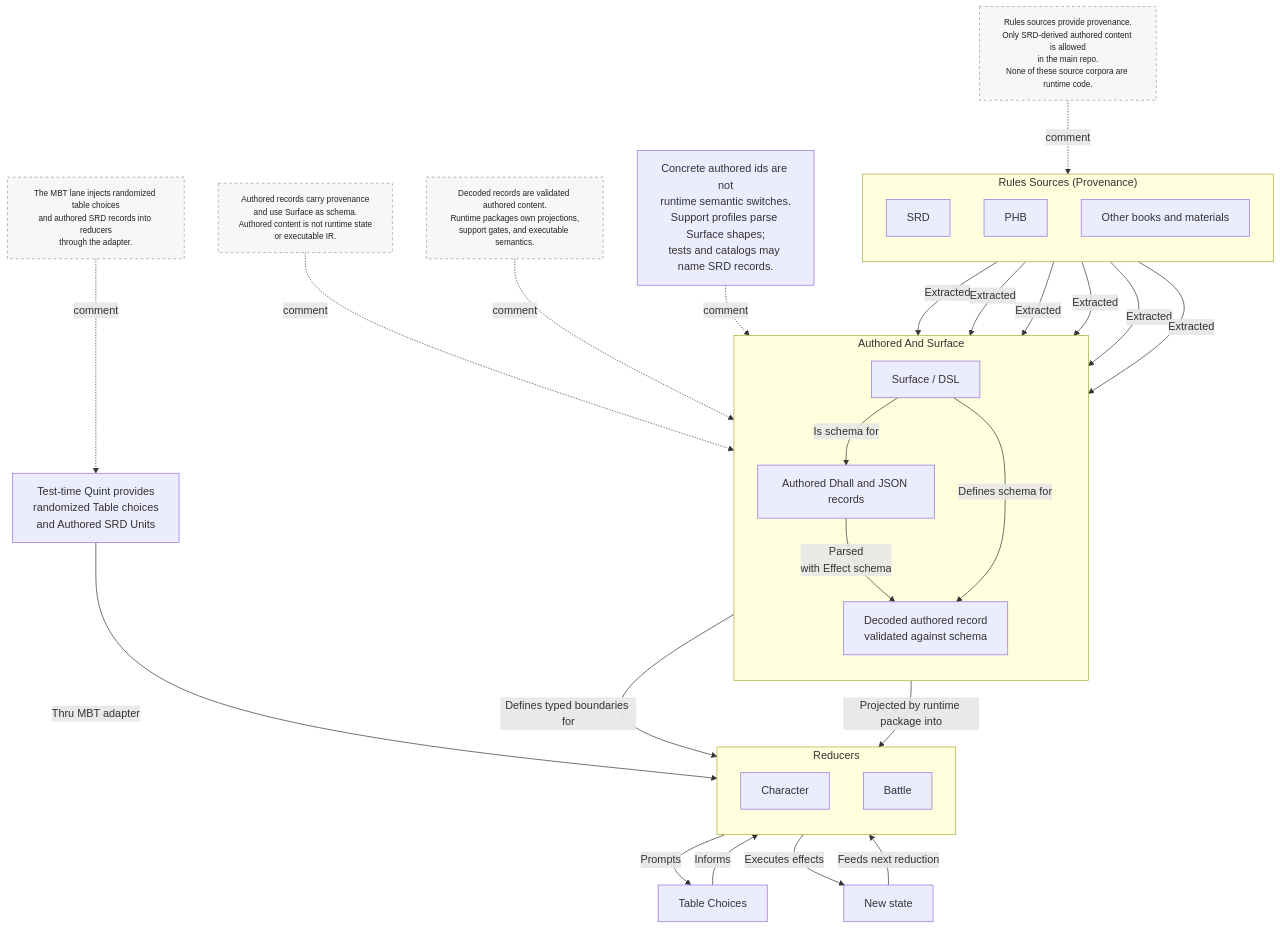
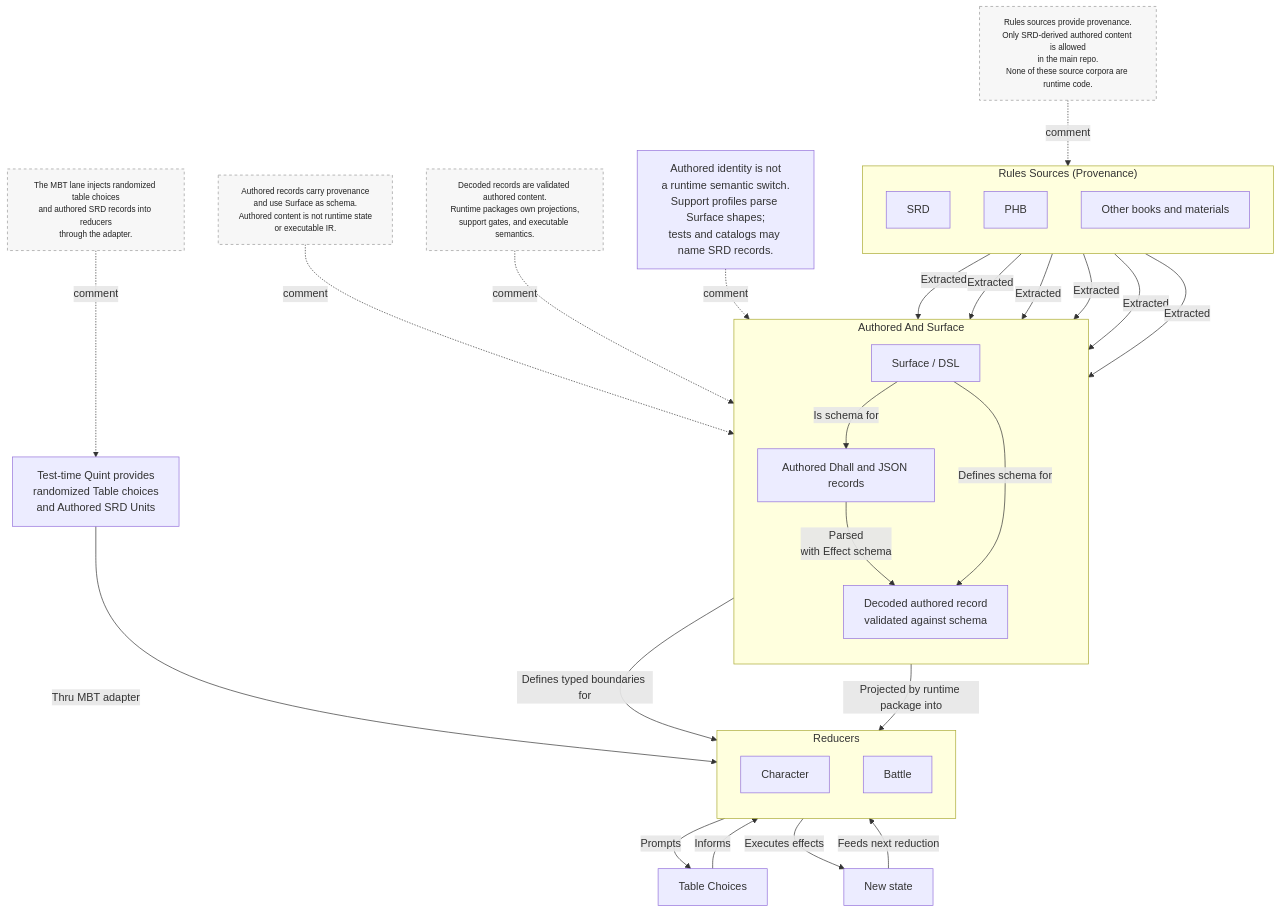
The third of 3 diagrams in packages/surface/SURFACE_TO_BATTLE_MANUAL_DIAGRAM.md (dearlordylord/5e-quint), drawn with Mermaid before and after one commit. The commit also changed other lines of this file and 4 other files, not shown here.

Commit message:
Clarify authored identity documentation

````diff
--- a/packages/surface/SURFACE_TO_BATTLE_MANUAL_DIAGRAM.md
+++ b/packages/surface/SURFACE_TO_BATTLE_MANUAL_DIAGRAM.md
@@ -100,61 +100,61 @@
 ```mermaid
 flowchart TD
   classDef note fill:#f7f7f7,stroke:#999,stroke-dasharray: 4 4,color:#222,font-size:12px;
 
   subgraph MERGED_SOURCES["Rules Sources (Provenance)"]
     direction TB
     MERGED_SRD["SRD"]
     MERGED_PHB["PHB"]
     MERGED_OTHER["Other books and materials"]
   end
 
   subgraph MERGED_CONTENT["Authored And Surface"]
     direction TB
     MERGED_AUTHORED["Authored Dhall and JSON records"]
     MERGED_SURFACE["Surface / DSL"]
     MERGED_RUNTIME["Decoded authored record<br/>validated against schema"]
   end
 
   subgraph MERGED_REDUCERS["Reducers"]
     direction TB
     MERGED_CHARACTER["Character"]
     MERGED_BATTLE["Battle"]
   end
 
   MERGED_TABLE["Table Choices"]
   MERGED_STATE["New state"]
   MERGED_TEST["Test-time Quint provides<br/>randomized Table choices<br/>and Authored SRD Units"]
 
   MERGED_SRD -->|Extracted| MERGED_AUTHORED
   MERGED_SRD -->|Extracted| MERGED_SURFACE
   MERGED_PHB -->|Extracted| MERGED_AUTHORED
   MERGED_PHB -->|Extracted| MERGED_SURFACE
   MERGED_OTHER -->|Extracted| MERGED_AUTHORED
   MERGED_OTHER -->|Extracted| MERGED_SURFACE
 
   MERGED_SURFACE -->|Is schema for| MERGED_AUTHORED
   MERGED_AUTHORED -->|Parsed<br/>with Effect schema| MERGED_RUNTIME
   MERGED_SURFACE -->|Defines schema for| MERGED_RUNTIME
   MERGED_SURFACE -->|Defines typed boundaries for| MERGED_REDUCERS
   MERGED_RUNTIME -->|Projected by runtime package into| MERGED_REDUCERS
 
   MERGED_TEST -->|Thru MBT adapter| MERGED_REDUCERS
   MERGED_REDUCERS -->|Prompts| MERGED_TABLE
   MERGED_TABLE -->|Informs| MERGED_REDUCERS
   MERGED_REDUCERS -->|Executes effects| MERGED_STATE
   MERGED_STATE -->|Feeds next reduction| MERGED_REDUCERS
 
   MERGED_SOURCES_NOTE["Rules sources provide provenance.<br/>Only SRD-derived authored content is allowed<br/>in the main repo.<br/>None of these source corpora are runtime code."]
   MERGED_AUTHORED_NOTE["Authored records carry provenance<br/>and use Surface as schema.<br/>Authored content is not runtime state<br/>or executable IR."]
   MERGED_RUNTIME_NOTE["Decoded records are validated authored content.<br/>Runtime packages own projections,<br/>support gates, and executable semantics."]
-  MERGED_ID_NOTE["Concrete authored ids are not<br/>runtime semantic switches.<br/>Support profiles parse Surface shapes;<br/>tests and catalogs may name SRD records."]
+  MERGED_ID_NOTE["Authored identity is not<br/>a runtime semantic switch.<br/>Support profiles parse Surface shapes;<br/>tests and catalogs may name SRD records."]
   MERGED_TEST_NOTE["The MBT lane injects randomized table choices<br/>and authored SRD records into reducers<br/>through the adapter."]
 
   MERGED_SOURCES_NOTE -. comment .-> MERGED_SOURCES
   MERGED_AUTHORED_NOTE -. comment .-> MERGED_AUTHORED
   MERGED_RUNTIME_NOTE -. comment .-> MERGED_RUNTIME
   MERGED_ID_NOTE -. comment .-> MERGED_RUNTIME
   MERGED_TEST_NOTE -. comment .-> MERGED_TEST
 
   class MERGED_SOURCES_NOTE,MERGED_AUTHORED_NOTE,MERGED_RUNTIME_NOTE,MERGED_TEST_NOTE note
 ```
````
